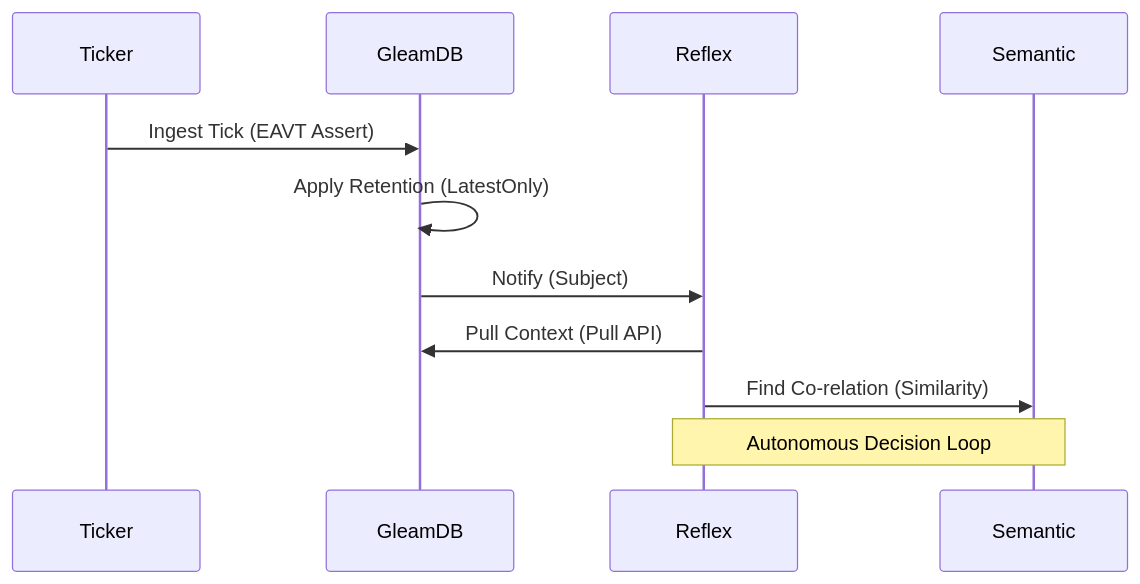
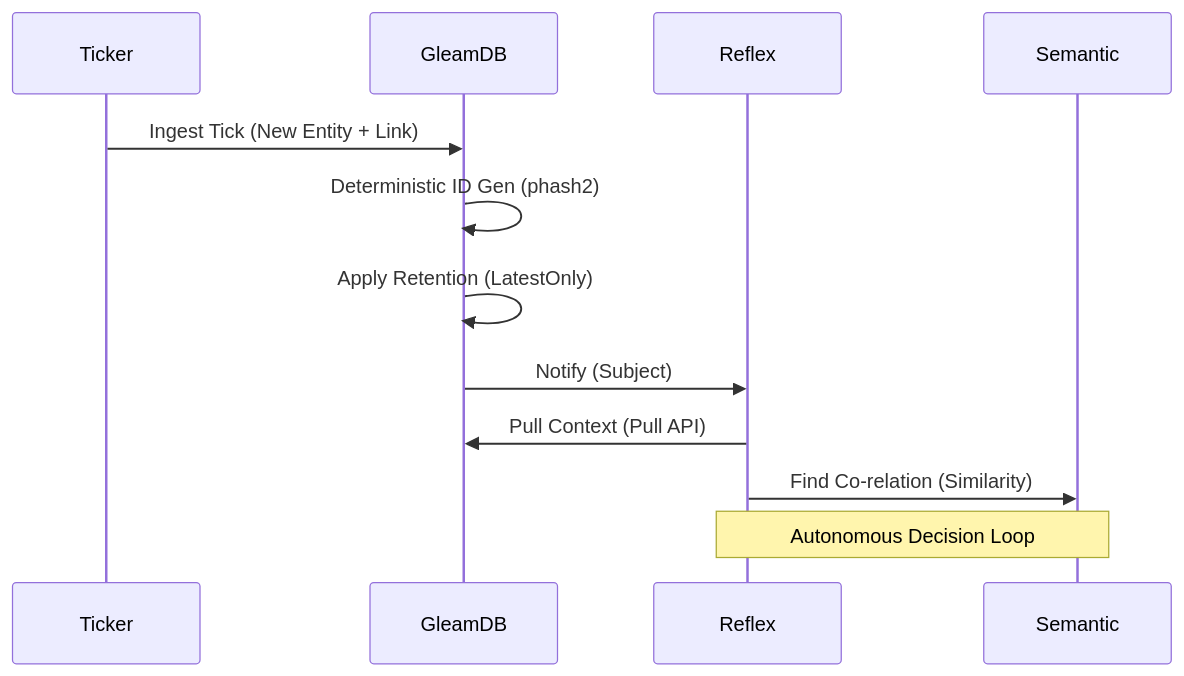
The diagram in docs/architecture.md (criticalinsight/gswarm), drawn with Mermaid before and after one commit. The commit also changed 39 other files, not shown here.

````diff
--- a/docs/architecture.md
+++ b/docs/architecture.md
@@ -21,14 +21,15 @@
 ```mermaid
 sequenceDiagram
     participant T as Ticker
     participant G as GleamDB
     participant R as Reflex
     participant S as Semantic
     
-    T->>G: Ingest Tick (EAVT Assert)
+    T->>G: Ingest Tick (New Entity + Link)
+    G->>G: Deterministic ID Gen (phash2)
     G->>G: Apply Retention (LatestOnly)
     G->>R: Notify (Subject)
     R->>G: Pull Context (Pull API)
     R->>S: Find Co-relation (Similarity)
     Note over R,S: Autonomous Decision Loop
 ```
````
